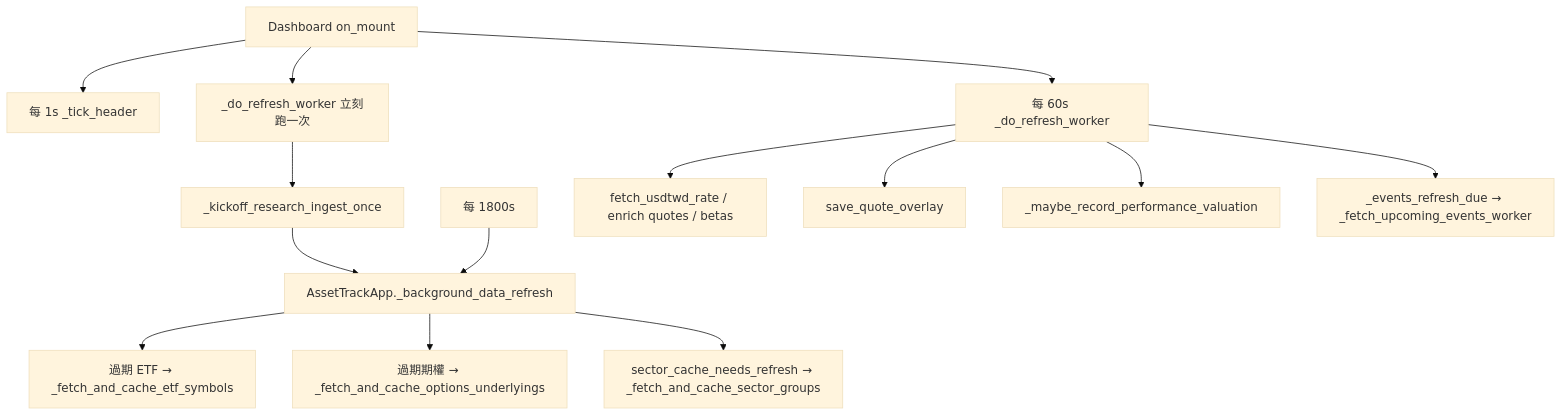
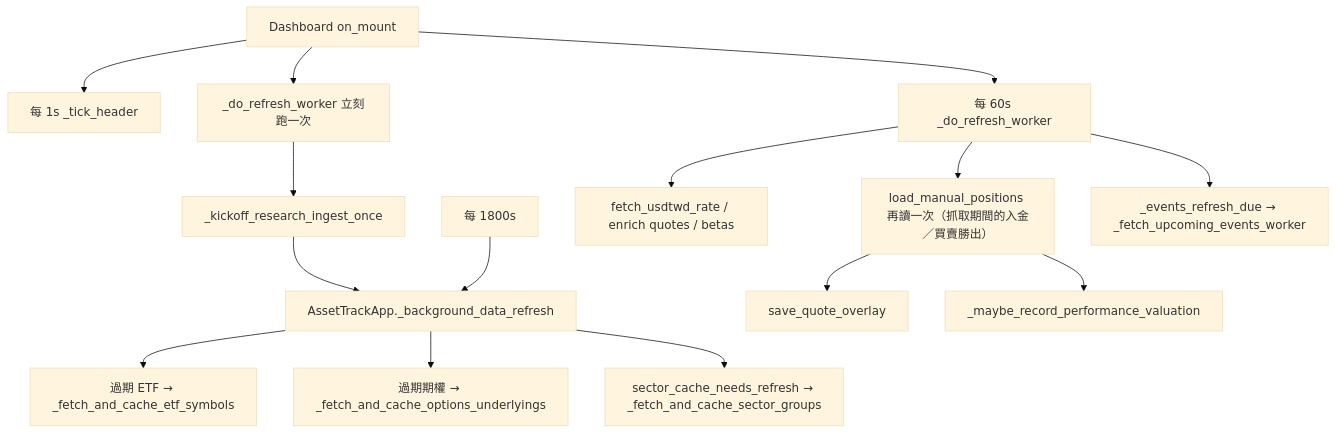
One commit to ray60110/AssetTrack changed the sixth of 8 diagrams in blockDiagram.md. Above: the diagram before and after it, drawn with Mermaid (base theme). The commit also changed other lines of this file and 6 other files, not shown here.

````diff
--- a/blockDiagram.md
+++ b/blockDiagram.md
@@ -506,16 +506,17 @@
 ```mermaid
 flowchart TD
     Mount[Dashboard on_mount] --> Tick["每 1s _tick_header"]
     Mount --> Q60["每 60s _do_refresh_worker"]
     Mount --> Qnow["_do_refresh_worker 立刻跑一次"]
     Qnow --> Kick["_kickoff_research_ingest_once"]
     Kick --> BG["AssetTrackApp._background_data_refresh"]
     AppT["每 1800s"] --> BG
     BG --> ETF["過期 ETF → _fetch_and_cache_etf_symbols"]
     BG --> OPT["過期期權 → _fetch_and_cache_options_underlyings"]
     BG --> SEC["sector_cache_needs_refresh → _fetch_and_cache_sector_groups"]
     Q60 --> FX["fetch_usdtwd_rate / enrich quotes / betas"]
-    Q60 --> OV["save_quote_overlay"]
-    Q60 --> PV["_maybe_record_performance_valuation"]
+    Q60 --> Disk["load_manual_positions 再讀一次（抓取期間的入金／買賣勝出）"]
+    Disk --> OV["save_quote_overlay"]
+    Disk --> PV["_maybe_record_performance_valuation"]
     Q60 --> Cal["_events_refresh_due → _fetch_upcoming_events_worker"]
 ```
````
